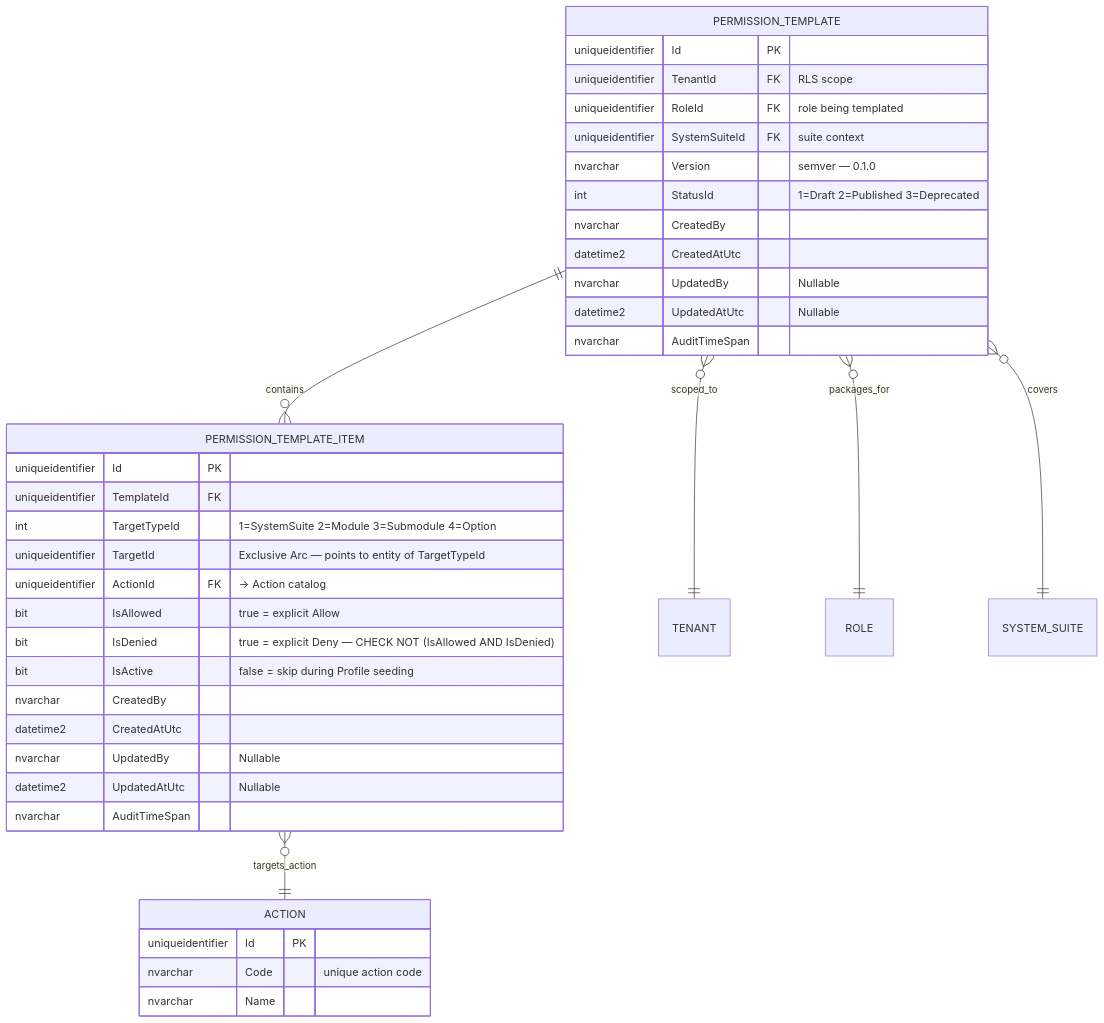
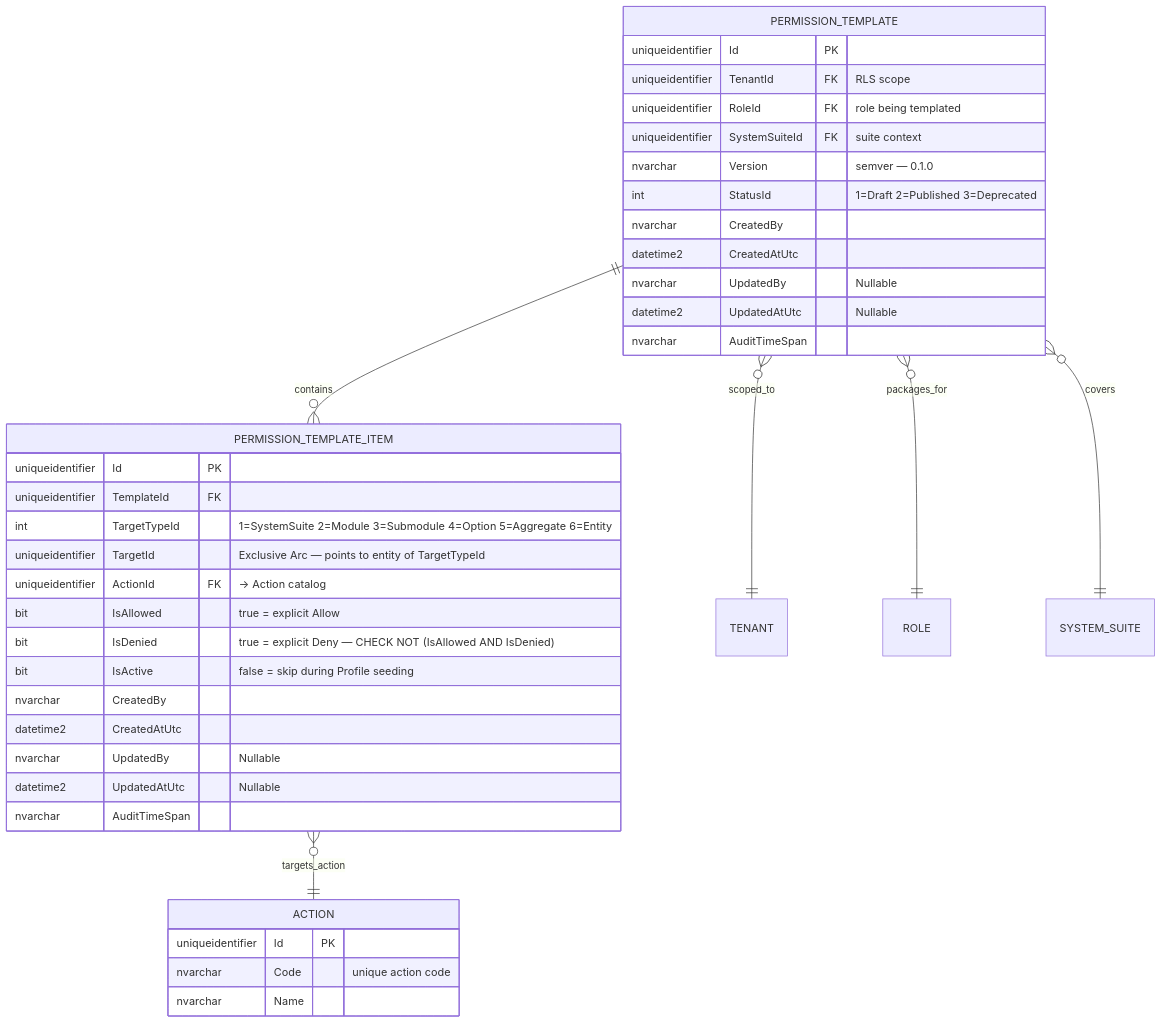
Before and after one commit to beyondnetcode/ums: the sixth of 7 diagrams in docs/domain/authorization/permission-template.md, drawn with Mermaid. The commit also changed other lines of this file and 98 other files, not shown here.

````diff
--- a/docs/domain/authorization/permission-template.md
+++ b/docs/domain/authorization/permission-template.md
@@ -295,44 +295,44 @@
 ```mermaid
 erDiagram
     PERMISSION_TEMPLATE ||--o{ PERMISSION_TEMPLATE_ITEM : "contains"
     PERMISSION_TEMPLATE }o--|| TENANT                   : "scoped_to"
     PERMISSION_TEMPLATE }o--|| ROLE                     : "packages_for"
     PERMISSION_TEMPLATE }o--|| SYSTEM_SUITE             : "covers"
     PERMISSION_TEMPLATE_ITEM }o--|| ACTION              : "targets_action"
 
     PERMISSION_TEMPLATE {
         uniqueidentifier Id PK
         uniqueidentifier TenantId FK "RLS scope"
         uniqueidentifier RoleId FK "role being templated"
         uniqueidentifier SystemSuiteId FK "suite context"
         nvarchar Version "semver — 0.1.0"
         int StatusId "1=Draft 2=Published 3=Deprecated"
         nvarchar CreatedBy
         datetime2 CreatedAtUtc
         nvarchar UpdatedBy "Nullable"
         datetime2 UpdatedAtUtc "Nullable"
         nvarchar AuditTimeSpan
     }
 
     PERMISSION_TEMPLATE_ITEM {
         uniqueidentifier Id PK
         uniqueidentifier TemplateId FK
-        int TargetTypeId "1=SystemSuite 2=Module 3=Submodule 4=Option"
+        int TargetTypeId "1=SystemSuite 2=Module 3=Submodule 4=Option 5=Aggregate 6=Entity"
         uniqueidentifier TargetId "Exclusive Arc — points to entity of TargetTypeId"
         uniqueidentifier ActionId FK "→ Action catalog"
         bit IsAllowed "true = explicit Allow"
         bit IsDenied "true = explicit Deny — CHECK NOT (IsAllowed AND IsDenied)"
         bit IsActive "false = skip during Profile seeding"
         nvarchar CreatedBy
         datetime2 CreatedAtUtc
         nvarchar UpdatedBy "Nullable"
         datetime2 UpdatedAtUtc "Nullable"
         nvarchar AuditTimeSpan
     }
 
     ACTION {
         uniqueidentifier Id PK
         nvarchar Code "unique action code"
         nvarchar Name
     }
 ```
````
